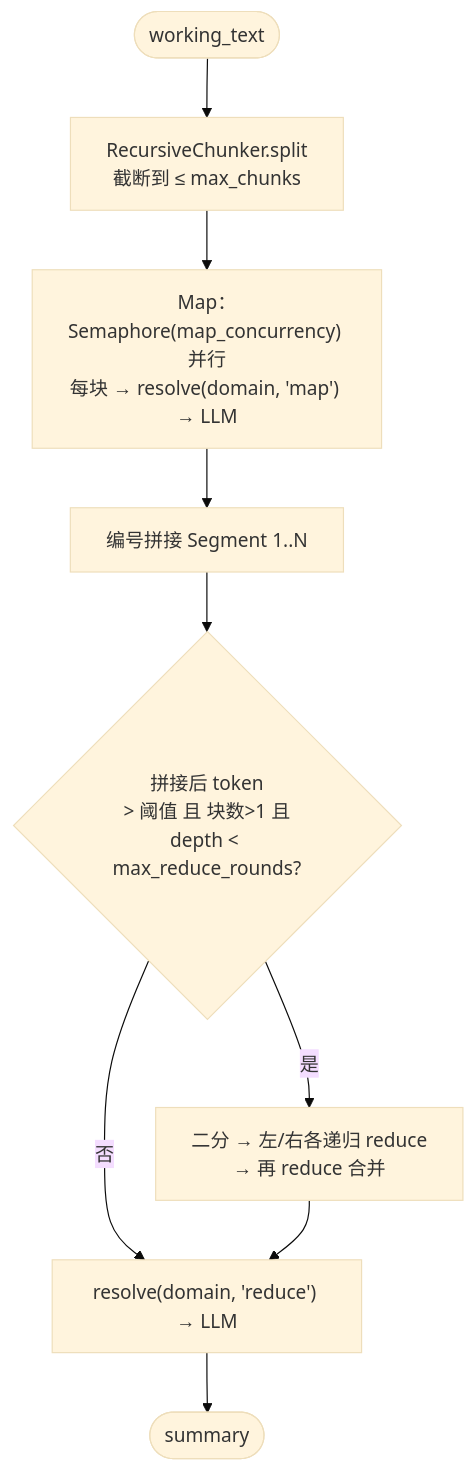
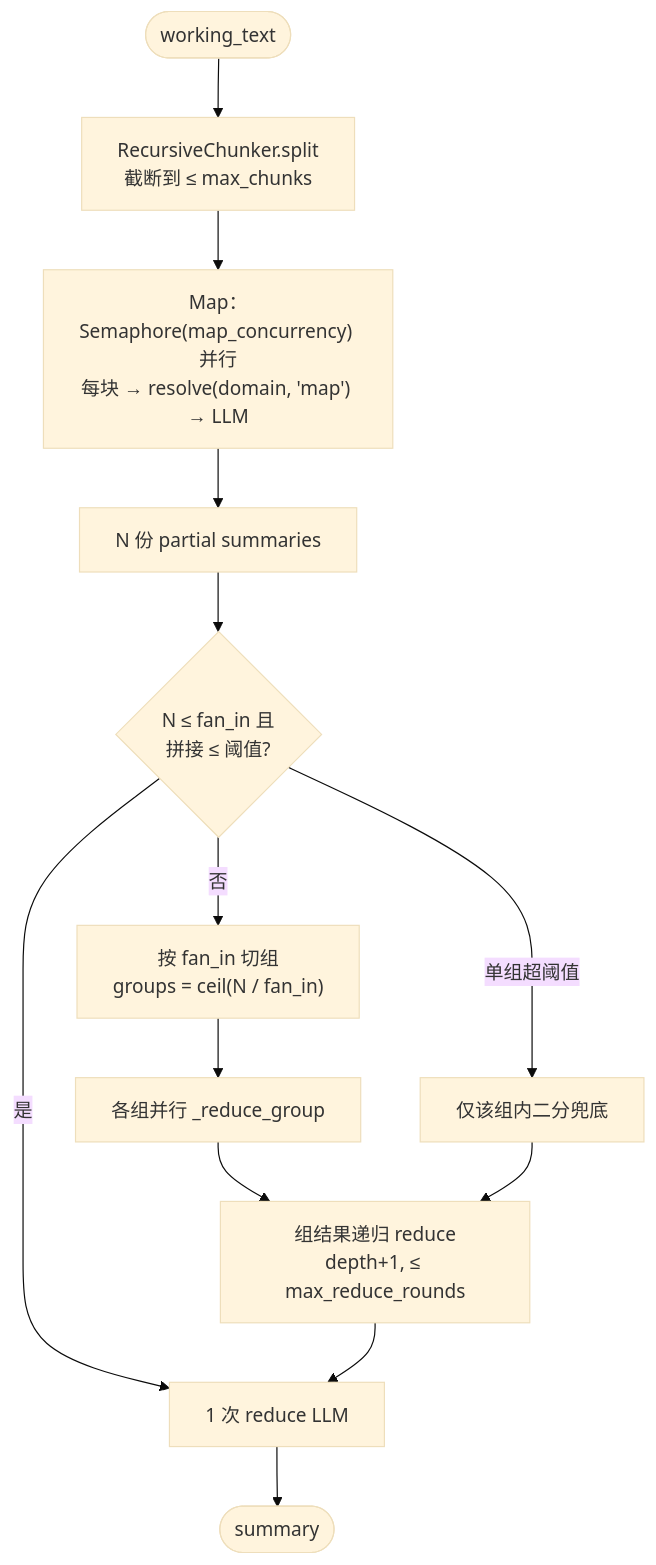
The third of 7 diagrams in README.md (DemonDamon/AgenticX-LongTextSummarizer), drawn with Mermaid (base theme) before and after one commit. The commit also changed other lines of this file and 7 other files, not shown here.

````diff
--- a/README.md
+++ b/README.md
@@ -190,11 +190,15 @@
 ```mermaid
 flowchart TD
     IN([working_text]) --> SPLIT["RecursiveChunker.split<br/>截断到 ≤ max_chunks"]
     SPLIT --> MAP["Map：Semaphore(map_concurrency) 并行<br/>每块 → resolve(domain, 'map') → LLM"]
-    MAP --> NUM["编号拼接 Segment 1..N"]
-    NUM --> CHECK{"拼接后 token<br/>> 阈值 且 块数>1 且<br/>depth < max_reduce_rounds?"}
-    CHECK -->|是| BISECT["二分 → 左/右各递归 reduce<br/>→ 再 reduce 合并"]
-    CHECK -->|否| RED["resolve(domain, 'reduce') → LLM"]
-    BISECT --> RED
-    RED --> OUT([summary])
+    MAP --> PART["N 份 partial summaries"]
+    PART --> CHK{"N ≤ fan_in 且<br/>拼接 ≤ 阈值?"}
+    CHK -->|是| ONE["1 次 reduce LLM"]
+    CHK -->|否| GRP["按 fan_in 切组<br/>groups = ceil(N / fan_in)"]
+    GRP --> EACH["各组并行 _reduce_group"]
+    EACH --> RECUR["组结果递归 reduce<br/>depth+1, ≤ max_reduce_rounds"]
+    RECUR --> ONE
+    CHK -->|单组超阈值| BISECT["仅该组内二分兜底"]
+    BISECT --> RECUR
+    ONE --> OUT([summary])
 ```
````
